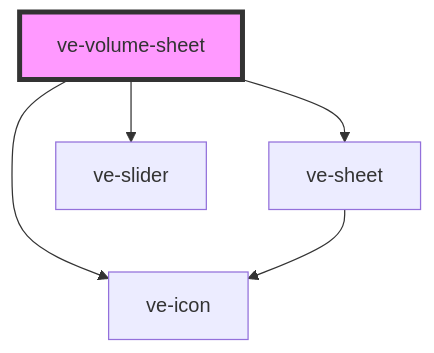
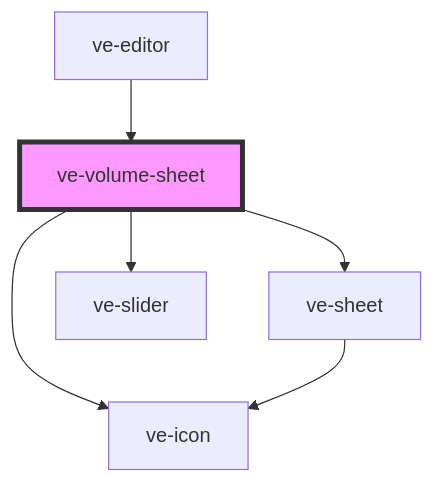
Before and after one commit to dotnetdreamer/capacitor-video-kit: the diagram in src/components/ve-volume-sheet/readme.md, drawn with Mermaid. The commit also changed other lines of this file and 38 other files, not shown here.

````diff
--- a/src/components/ve-volume-sheet/readme.md
+++ b/src/components/ve-volume-sheet/readme.md
@@ -36,8 +40,9 @@
 ```mermaid
 graph TD;
   ve-volume-sheet --> ve-sheet
   ve-volume-sheet --> ve-icon
   ve-volume-sheet --> ve-slider
   ve-sheet --> ve-icon
+  ve-editor --> ve-volume-sheet
   style ve-volume-sheet fill:#f9f,stroke:#333,stroke-width:4px
 ```
````
